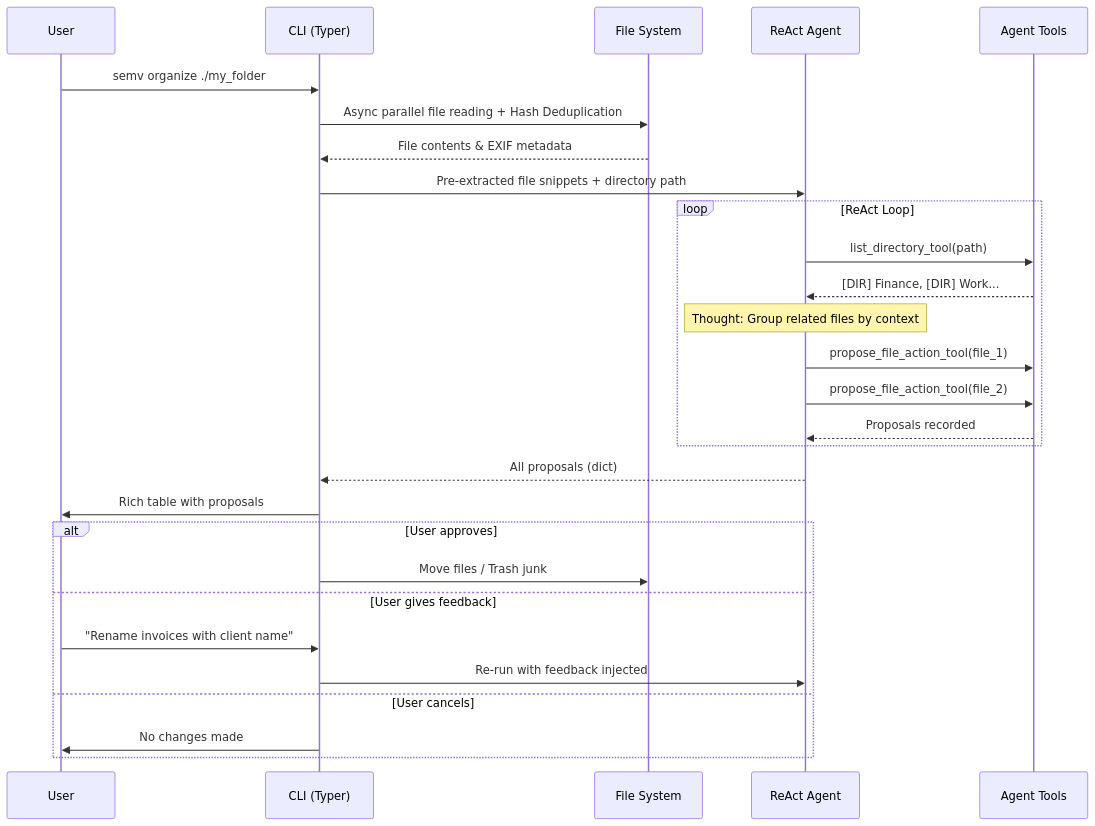
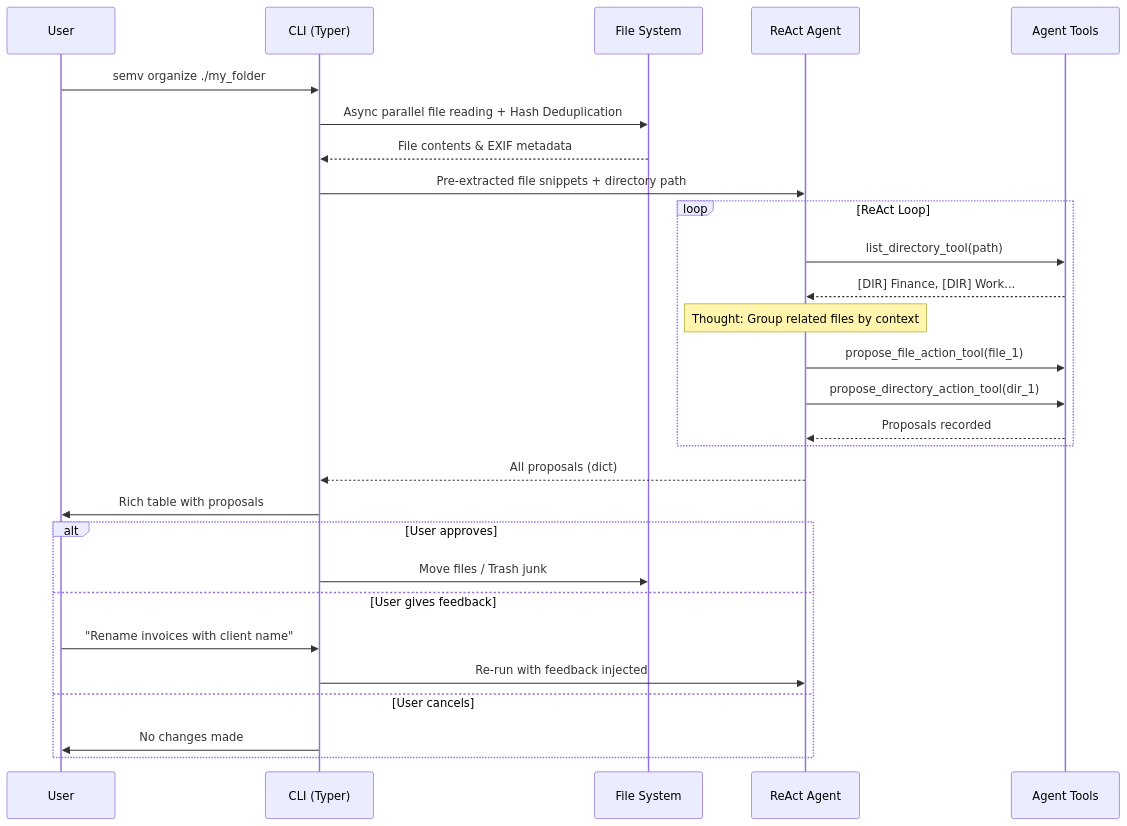
Before and after one commit to odilonv/semv: the second of 3 diagrams in README.md, drawn with Mermaid. The commit also changed other lines of this file and 65 other files, not shown here.

````diff
--- a/README.md
+++ b/README.md
@@ -97,34 +101,34 @@
 ```mermaid
 sequenceDiagram
     participant User
     participant CLI as CLI (Typer)
     participant FS as File System
     participant Agent as ReAct Agent
     participant Tools as Agent Tools
 
     User->>CLI: semv organize ./my_folder
     CLI->>FS: Async parallel file reading + Hash Deduplication
     FS-->>CLI: File contents & EXIF metadata
     CLI->>Agent: Pre-extracted file snippets + directory path
 
     loop ReAct Loop
         Agent->>Tools: list_directory_tool(path)
         Tools-->>Agent: [DIR] Finance, [DIR] Work...
         Note over Agent: Thought: Group related files by context
         Agent->>Tools: propose_file_action_tool(file_1)
-        Agent->>Tools: propose_file_action_tool(file_2)
+        Agent->>Tools: propose_directory_action_tool(dir_1)
         Tools-->>Agent: Proposals recorded
     end
 
     Agent-->>CLI: All proposals (dict)
     CLI->>User: Rich table with proposals
 
     alt User approves
         CLI->>FS: Move files / Trash junk
     else User gives feedback
         User->>CLI: "Rename invoices with client name"
         CLI->>Agent: Re-run with feedback injected
     else User cancels
         CLI->>User: No changes made
     end
 ```
````
